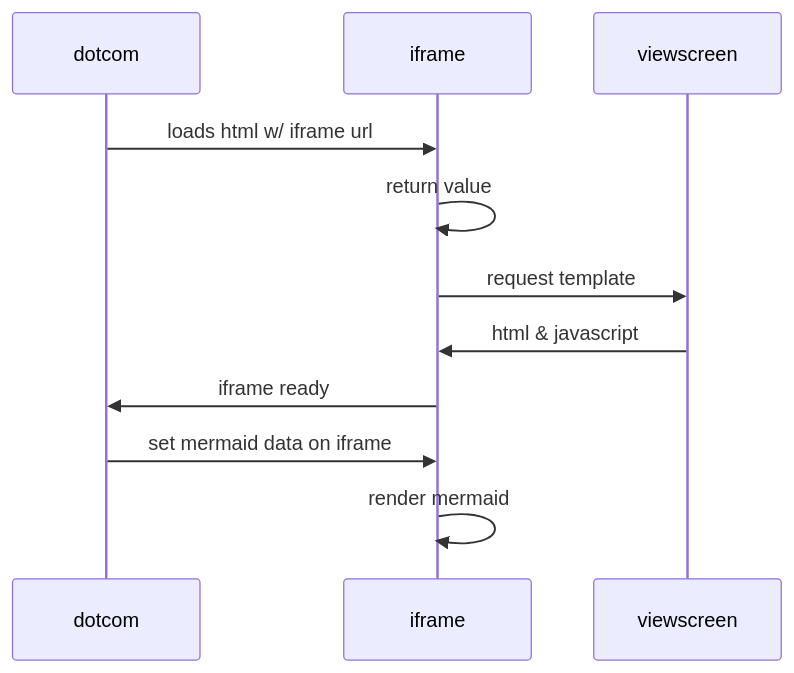
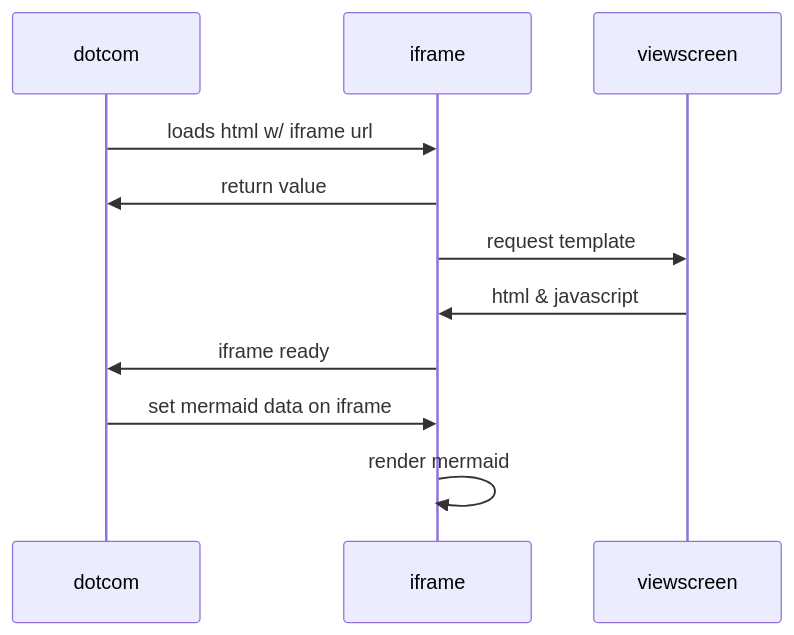
One commit to yasuo99/Flowchart-Test changed the second of 2 diagrams in README.md. Above: the diagram before and after it, drawn with Mermaid.

````diff
--- a/README.md
+++ b/README.md
@@ -10,13 +10,13 @@
 ```mermaid
 sequenceDiagram
     participant dotcom
     participant iframe
     participant viewscreen
     dotcom->>iframe: loads html w/ iframe url
-    iframe->>iframe: return value
+    iframe->>dotcom: return value
     iframe->>viewscreen: request template
     viewscreen->>iframe: html & javascript
     iframe->>dotcom: iframe ready
     dotcom->>iframe: set mermaid data on iframe
     iframe->>iframe: render mermaid
 ```
````
